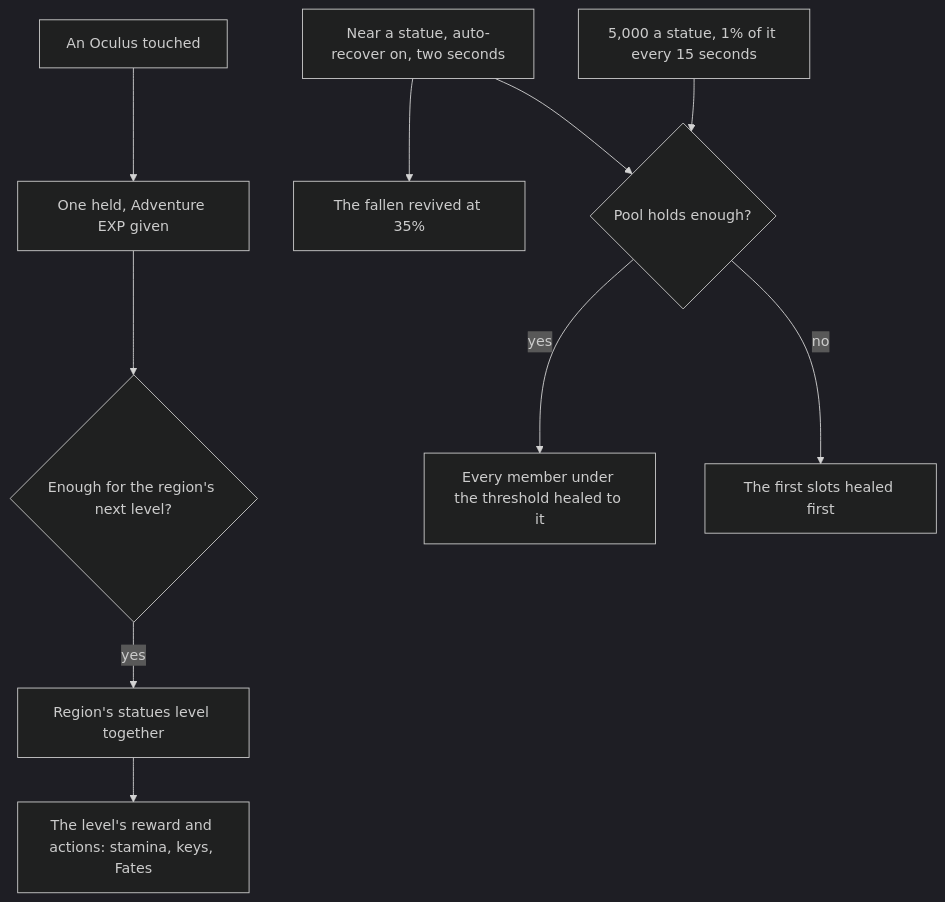
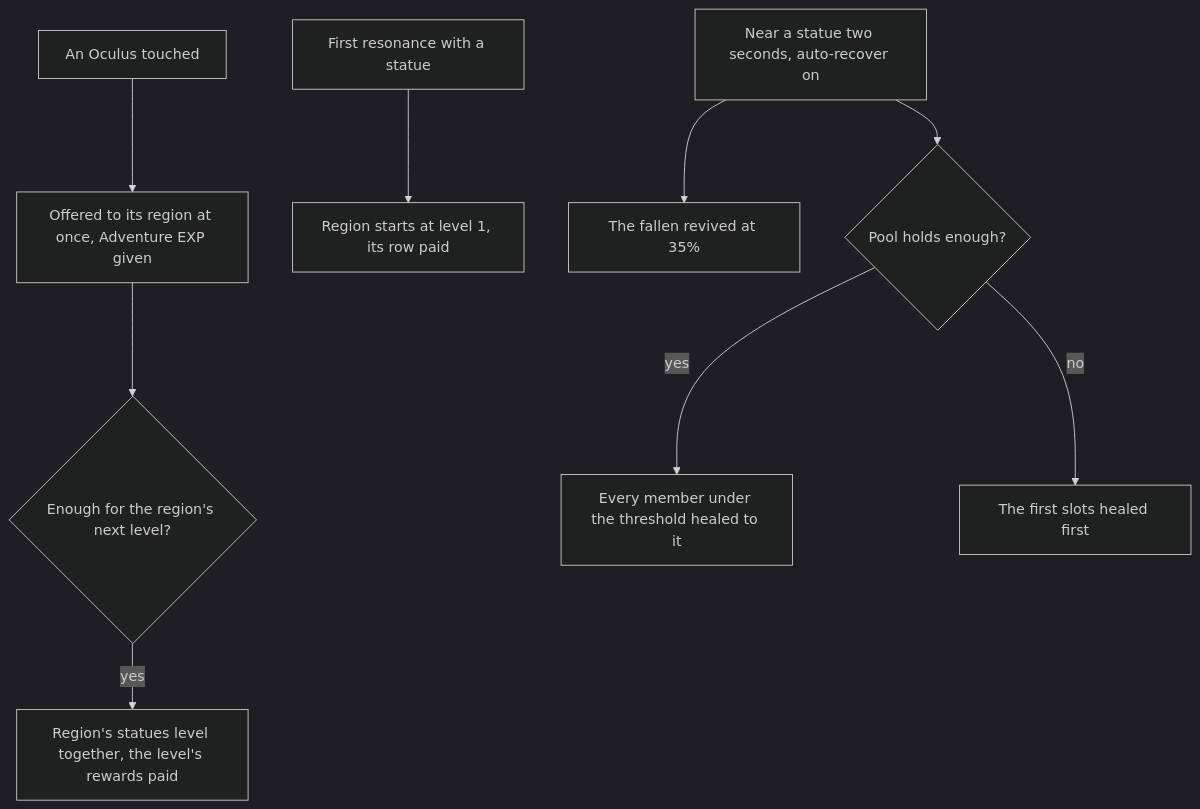
The diagram in apps/web/content/docs/proposals/genshin/statues-of-the-seven.md (Esposter/Esposter), drawn with Mermaid (dark theme) before and after one commit. The commit also changed other lines of this file and 3 other files, not shown here.

First line of the commit message:
docs(genshin): the Statues of The Seven's levels, stamina and Blessing pool are rules as built on their page, the proposal keeps the Oculi, the screen and the element, and the two recordings they wait on are owed

````diff
--- a/apps/web/content/docs/proposals/genshin/statues-of-the-seven.md
+++ b/apps/web/content/docs/proposals/genshin/statues-of-the-seven.md
@@ -22,12 +24,11 @@
 ```mermaid
 flowchart TD
-  OCULUS["An Oculus touched"] --> HELD["One held, Adventure EXP given"]
+  OCULUS["An Oculus touched"] --> HELD["Offered to its region at once, Adventure EXP given"]
   HELD --> OFFER{"Enough for the region's next level?"}
-  OFFER -->|"yes"| LEVEL["Region's statues level together"]
-  LEVEL --> REWARDS["The level's reward and actions: stamina, keys, Fates"]
-  NEAR["Near a statue, auto-recover on, two seconds"] --> REVIVE["The fallen revived at 35%"]
+  OFFER -->|"yes"| LEVEL["Region's statues level together, the level's rewards paid"]
+  STATUE["First resonance with a statue"] --> START["Region starts at level 1, its row paid"]
+  NEAR["Near a statue two seconds, auto-recover on"] --> REVIVE["The fallen revived at 35%"]
   NEAR --> HEAL{"Pool holds enough?"}
   HEAL -->|"yes"| FULL["Every member under the threshold healed to it"]
   HEAL -->|"no"| PART["The first slots healed first"]
-  POOL["5,000 a statue, 1% of it every 15 seconds"] --> HEAL
 ```
````
